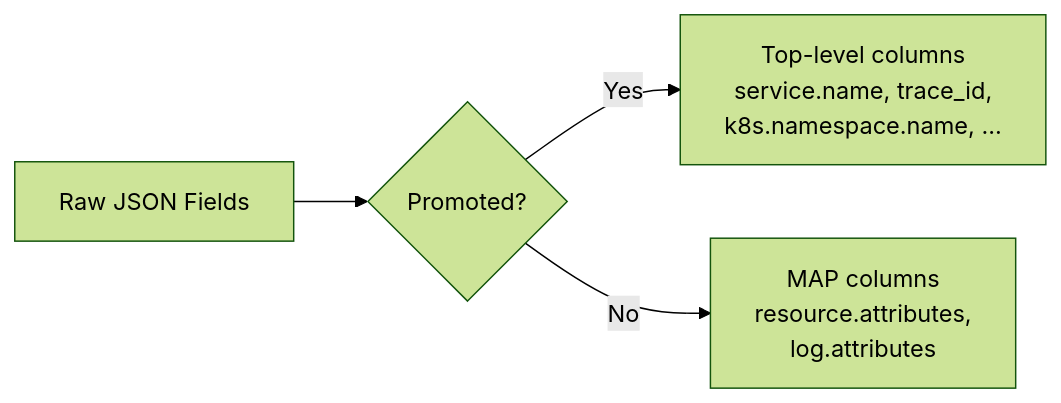
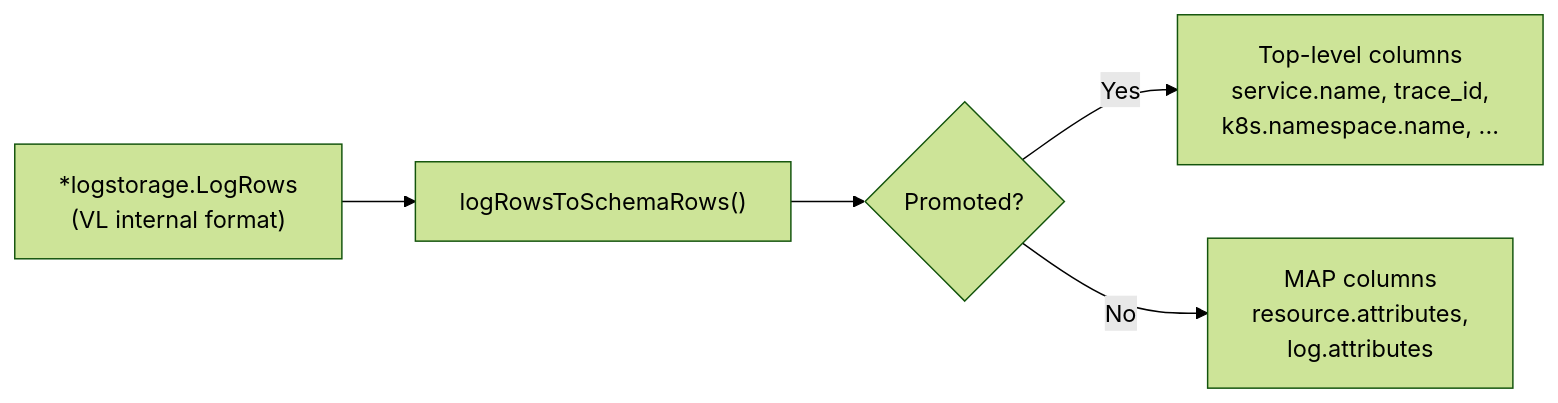
The third of 17 diagrams in docs/storage-flow.md (ReliablyObserve/victoria-lakehouse), drawn with Mermaid (forest theme) before and after one commit. The commit also changed other lines of this file and 86 other files, not shown here.

````diff
--- a/docs/storage-flow.md
+++ b/docs/storage-flow.md
@@ -95,6 +105,7 @@
 ```mermaid
 graph LR
-    RAW[Raw JSON Fields] --> PROM{Promoted?}
+    LR["*logstorage.LogRows<br/>(VL internal format)"] --> CONV["logRowsToSchemaRows()"]
+    CONV --> PROM{Promoted?}
     PROM -->|Yes| TOP[Top-level columns<br/>service.name, trace_id,<br/>k8s.namespace.name, ...]
     PROM -->|No| MAP[MAP columns<br/>resource.attributes,<br/>log.attributes]
 ```
````
